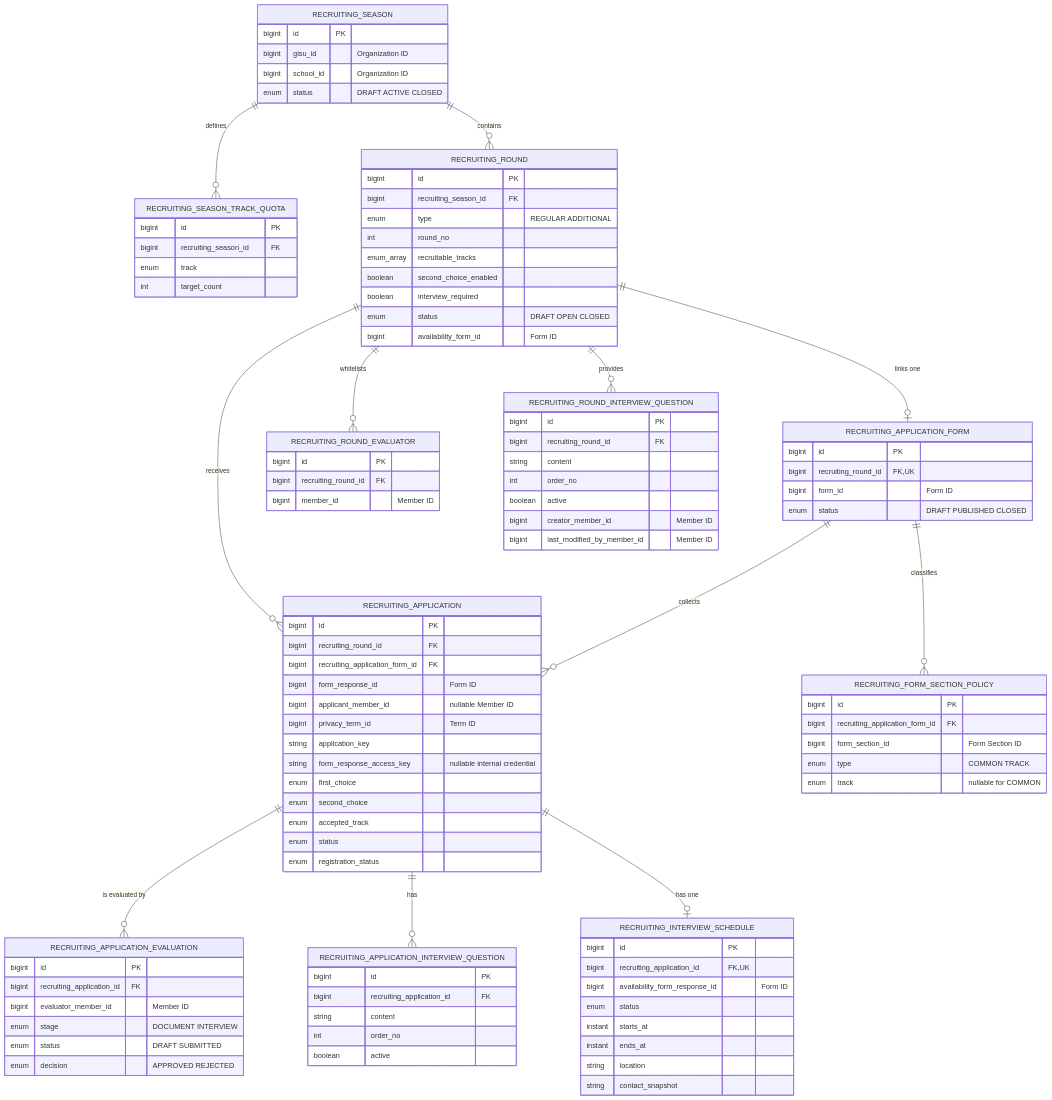
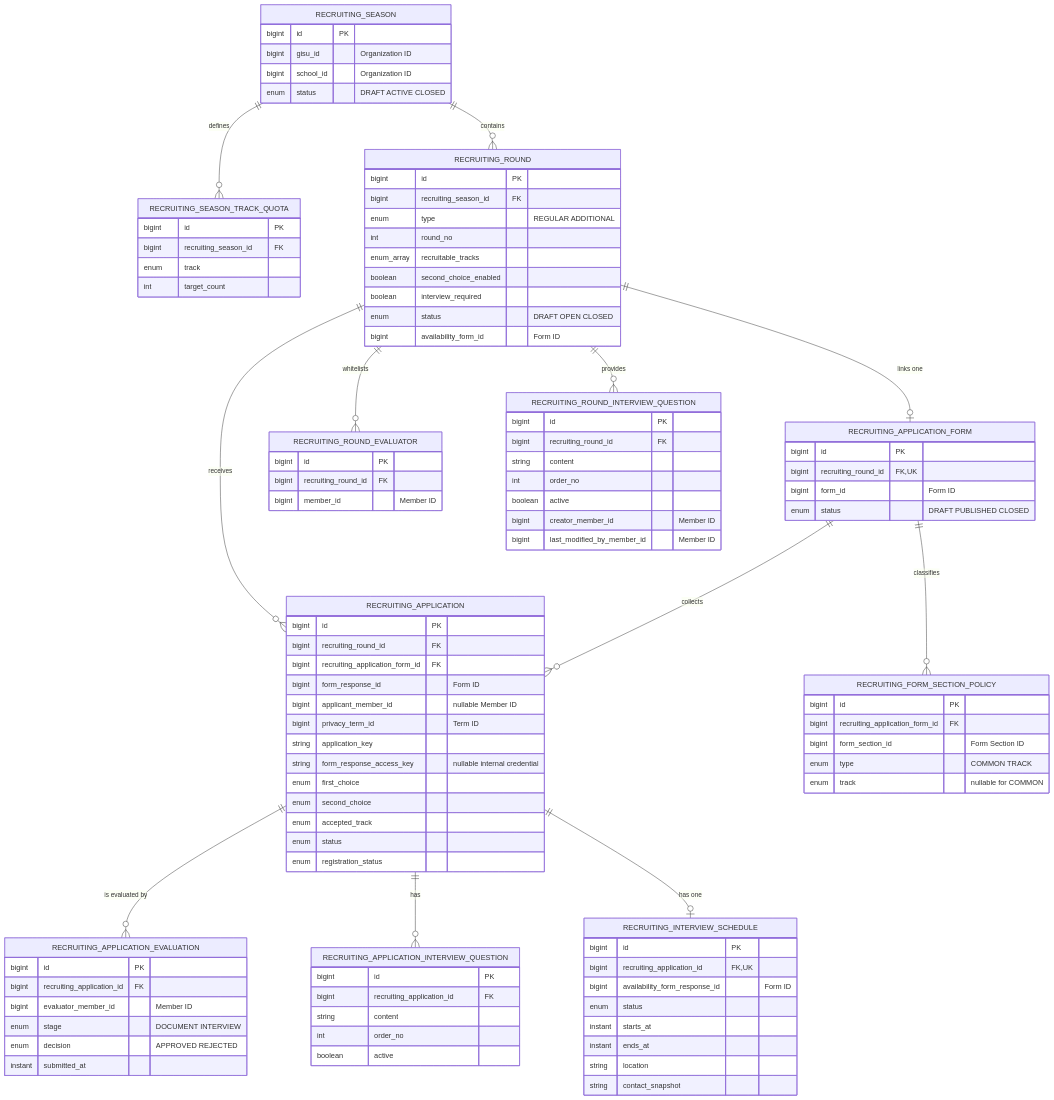
The first of 12 diagrams in docs/onboarding/domain/recruiting-diagrams.md (UMC-PRODUCT/cygnus-server), drawn with Mermaid before and after one commit. The commit also changed other lines of this file and 80 other files, not shown here.

```diff
--- a/docs/onboarding/domain/recruiting-diagrams.md
+++ b/docs/onboarding/domain/recruiting-diagrams.md
@@ -102,8 +102,8 @@
         bigint recruiting_application_id FK
         bigint evaluator_member_id "Member ID"
         enum stage "DOCUMENT INTERVIEW"
-        enum status "DRAFT SUBMITTED"
         enum decision "APPROVED REJECTED"
+        instant submitted_at
     }
     RECRUITING_INTERVIEW_SCHEDULE {
         bigint id PK
```
